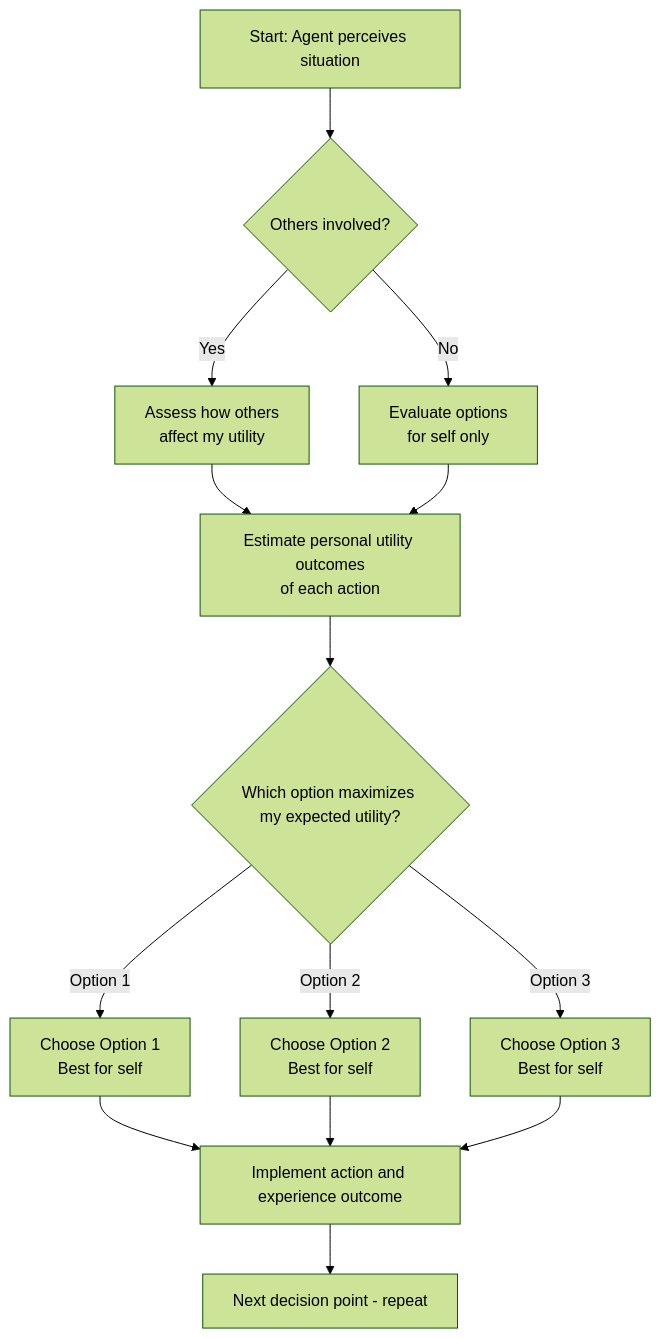
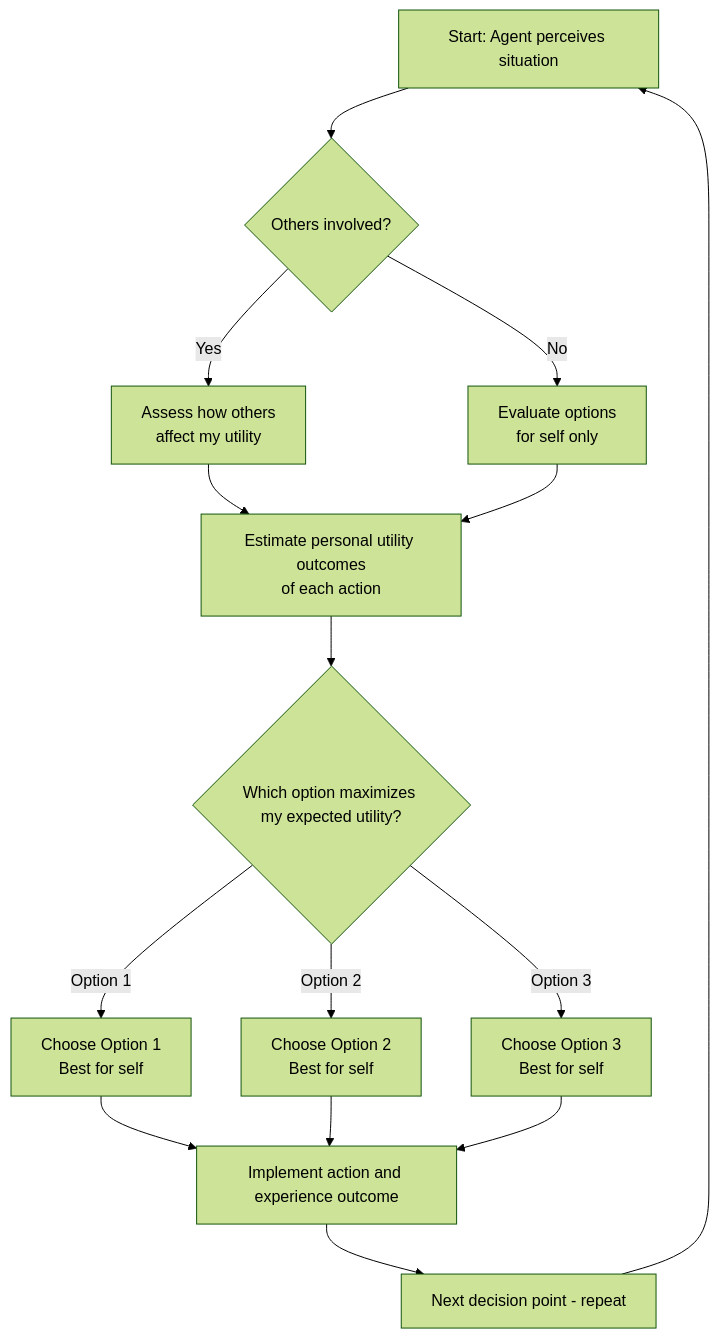
The diagram in The Structure and Implications of Individual Utilitarianism/The Structure and Implications of Individual Utilitarianism.md (DavidHua04/philosophical-ravings), drawn with Mermaid (forest theme) before and after one commit.

Commit message:
Update The Structure and Implications of Individual Utilitarianism.md

````diff
--- a/The Structure and Implications of Individual Utilitarianism/The Structure and Implications of Individual Utilitarianism.md
+++ b/The Structure and Implications of Individual Utilitarianism/The Structure and Implications of Individual Utilitarianism.md
@@ -68,16 +68,17 @@
 ```mermaid
 flowchart TD
     A[Start: Agent perceives situation] --> B{Others involved?}
     B -->|No| C[Evaluate options\nfor self only]
     B -->|Yes| D[Assess how others\naffect my utility]
     D --> E[Estimate personal utility outcomes\nof each action]
     C --> E
     E --> F{Which option maximizes my expected utility?}
     F -->|Option 1| G[Choose Option 1\nBest for self]
     F -->|Option 2| H[Choose Option 2\nBest for self]
     F -->|Option 3| I[Choose Option 3\nBest for self]
     G --> Z[Implement action and experience outcome]
     H --> Z
     I --> Z
     Z --> A2[Next decision point - repeat]
+    A2 --> A
 ```
````
